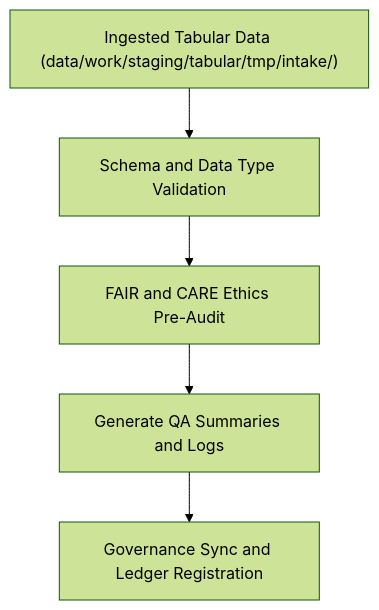
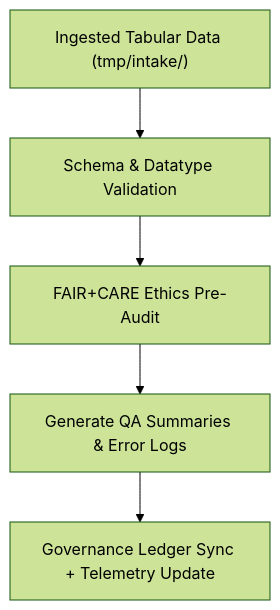
Before and after one commit to bartytime4life/Kansas-Frontier-Matrix: the diagram in data/work/staging/tabular/tmp/validation/README.md, drawn with Mermaid (forest theme). The commit also changed other lines of this file, not shown here.

````diff
--- a/data/work/staging/tabular/tmp/validation/README.md
+++ b/data/work/staging/tabular/tmp/validation/README.md
@@ -62,7 +69,7 @@
 ```mermaid
 flowchart TD
-    A["Ingested Tabular Data (data/work/staging/tabular/tmp/intake/)"] --> B["Schema and Data Type Validation"]
-    B --> C["FAIR and CARE Ethics Pre-Audit"]
-    C --> D["Generate QA Summaries and Logs"]
-    D --> E["Governance Sync and Ledger Registration"]
+    A["Ingested Tabular Data (tmp/intake/)"] --> B["Schema & Datatype Validation"]
+    B --> C["FAIR+CARE Ethics Pre-Audit"]
+    C --> D["Generate QA Summaries & Error Logs"]
+    D --> E["Governance Ledger Sync + Telemetry Update"]
 ```
````
